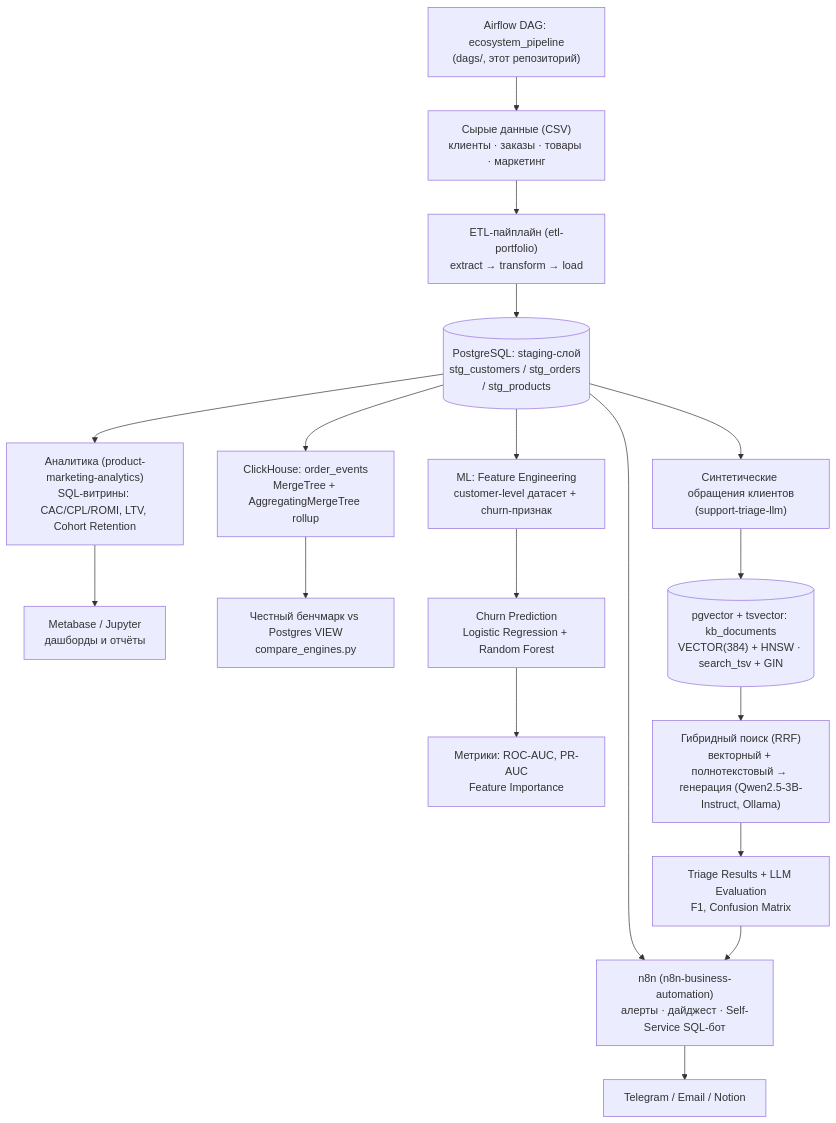
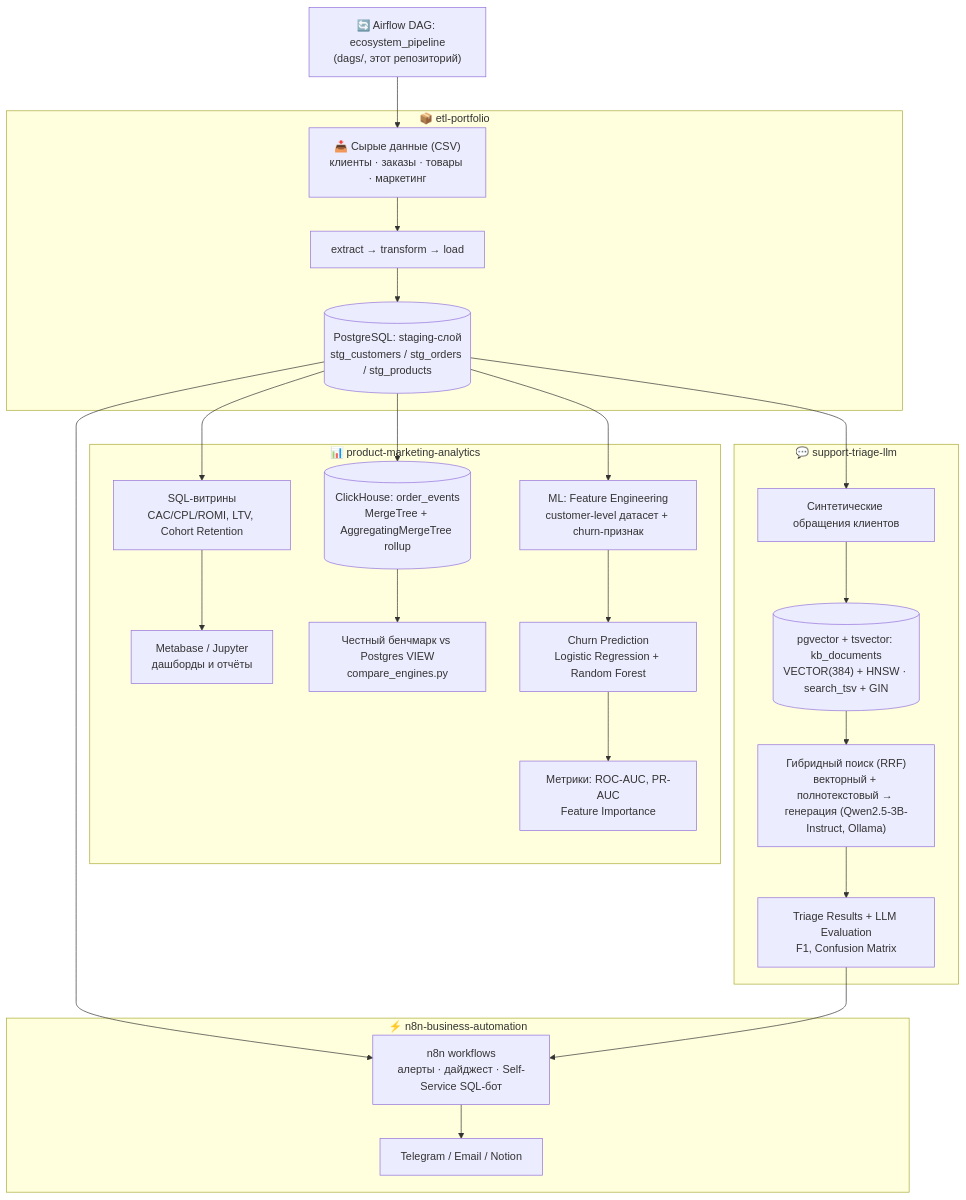
Before and after one commit to exist-ty/Nikolay-Kolesnikov-Data-Engineering-Applied-ML-LLM-Portfolio-Hub: the diagram in docs/architecture.md, drawn with Mermaid. The commit also changed other lines of this file and 1 other file, not shown here.

Commit message:
Group architecture diagram into per-repo subgraphs for readability
The flat 18-node graph made it hard to tell at a glance which node
belongs to which repo. Grouped into 4 subgraphs (etl-portfolio,
product-marketing-analytics, support-triage-llm, n8n-business-automation)
with emoji labels, so the diagram reads as "one box per repository"
instead of one undifferentiated flow.

````diff
--- a/docs/architecture.md
+++ b/docs/architecture.md
@@ -3,25 +3,32 @@
 ```mermaid
 graph TD
-    Z["Airflow DAG: ecosystem_pipeline<br/>(dags/, этот репозиторий)"] --> A
-    A["Сырые данные (CSV)<br/>клиенты · заказы · товары · маркетинг"] --> B["ETL-пайплайн (etl-portfolio)<br/>extract → transform → load"]
-    B --> C[("PostgreSQL: staging-слой<br/>stg_customers / stg_orders / stg_products")]
+    Z["🔄 Airflow DAG: ecosystem_pipeline<br/>(dags/, этот репозиторий)"] --> A["📥 Сырые данные (CSV)<br/>клиенты · заказы · товары · маркетинг"]
 
-    C --> D["Аналитика (product-marketing-analytics)<br/>SQL-витрины: CAC/CPL/ROMI, LTV, Cohort Retention"]
-    C --> E["ML: Feature Engineering<br/>customer-level датасет + churn-признак"]
-    C --> F["Синтетические обращения клиентов<br/>(support-triage-llm)"]
-    C --> M["ClickHouse: order_events<br/>MergeTree + AggregatingMergeTree rollup"]
+    subgraph ETL["📦 etl-portfolio"]
+        A --> B["extract → transform → load"]
+        B --> C[("PostgreSQL: staging-слой<br/>stg_customers / stg_orders / stg_products")]
+    end
 
-    D --> G["Metabase / Jupyter<br/>дашборды и отчёты"]
-    M --> N["Честный бенчмарк vs Postgres VIEW<br/>compare_engines.py"]
+    subgraph ANALYTICS["📊 product-marketing-analytics"]
+        C --> D["SQL-витрины<br/>CAC/CPL/ROMI, LTV, Cohort Retention"]
+        D --> G["Metabase / Jupyter<br/>дашборды и отчёты"]
+        C --> M[("ClickHouse: order_events<br/>MergeTree + AggregatingMergeTree rollup")]
+        M --> N["Честный бенчмарк vs Postgres VIEW<br/>compare_engines.py"]
+        C --> E["ML: Feature Engineering<br/>customer-level датасет + churn-признак"]
+        E --> H["Churn Prediction<br/>Logistic Regression + Random Forest"]
+        H --> I["Метрики: ROC-AUC, PR-AUC<br/>Feature Importance"]
+    end
 
-    E --> H["Churn Prediction<br/>Logistic Regression + Random Forest"]
-    H --> I["Метрики: ROC-AUC, PR-AUC<br/>Feature Importance"]
+    subgraph LLM["💬 support-triage-llm"]
+        C --> F["Синтетические обращения клиентов"]
+        F --> J[("pgvector + tsvector: kb_documents<br/>VECTOR(384) + HNSW · search_tsv + GIN")]
+        J --> K["Гибридный поиск (RRF)<br/>векторный + полнотекстовый → генерация (Qwen2.5-3B-Instruct, Ollama)"]
+        K --> L["Triage Results + LLM Evaluation<br/>F1, Confusion Matrix"]
+    end
 
-    F --> J[("pgvector + tsvector: kb_documents<br/>VECTOR(384) + HNSW · search_tsv + GIN")]
-    J --> K["Гибридный поиск (RRF)<br/>векторный + полнотекстовый → генерация (Qwen2.5-3B-Instruct, Ollama)"]
-    K --> L["Triage Results + LLM Evaluation<br/>F1, Confusion Matrix"]
-
-    C --> O["n8n (n8n-business-automation)<br/>алерты · дайджест · Self-Service SQL-бот"]
-    L --> O
-    O --> P["Telegram / Email / Notion"]
+    subgraph N8N["⚡ n8n-business-automation"]
+        C --> O["n8n workflows<br/>алерты · дайджест · Self-Service SQL-бот"]
+        L --> O
+        O --> P["Telegram / Email / Notion"]
+    end
 ```
````
